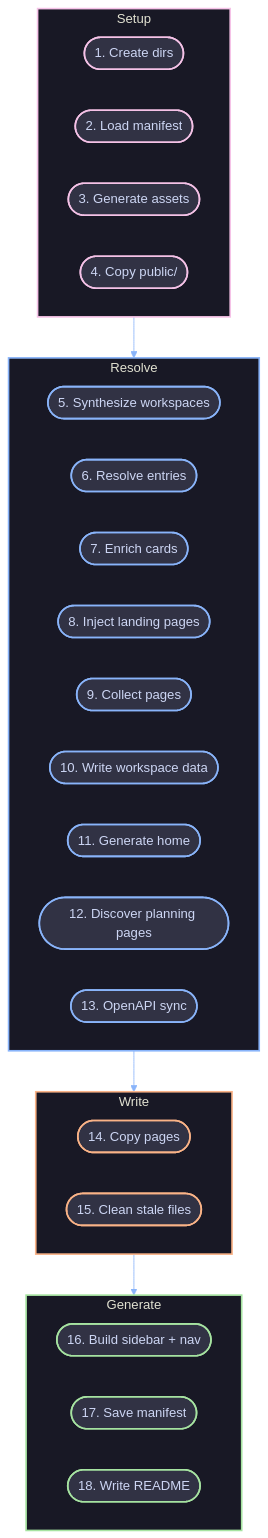
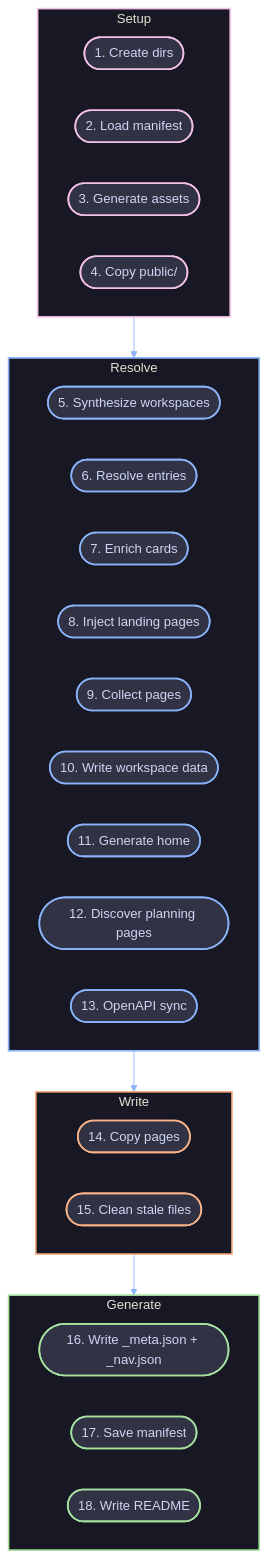
Before and after one commit to thebytefarm/ciderpress: the first of 2 diagrams in contributing/concepts/engine/pipeline.md, drawn with Mermaid. The commit also changed other lines of this file and 19 other files, not shown here.

````diff
--- a/contributing/concepts/engine/pipeline.md
+++ b/contributing/concepts/engine/pipeline.md
@@ -9,65 +9,65 @@
 ```mermaid
 %%{init: {
   'theme': 'base',
   'themeVariables': {
     'primaryColor': '#313244',
     'primaryTextColor': '#cdd6f4',
     'primaryBorderColor': '#6c7086',
     'lineColor': '#89b4fa',
     'secondaryColor': '#45475a',
     'tertiaryColor': '#1e1e2e',
     'background': '#1e1e2e',
     'mainBkg': '#313244',
     'clusterBkg': '#1e1e2e',
     'clusterBorder': '#45475a'
   },
   'flowchart': { 'curve': 'basis', 'padding': 15 }
 }}%%
 flowchart TB
     subgraph setup ["Setup"]
         S1(["1. Create dirs"])
         S2(["2. Load manifest"])
         S3(["3. Generate assets"])
         S4(["4. Copy public/"])
     end
 
     subgraph resolve ["Resolve"]
         S5(["5. Synthesize workspaces"])
         S6(["6. Resolve entries"])
         S7(["7. Enrich cards"])
         S8(["8. Inject landing pages"])
         S9(["9. Collect pages"])
         S10(["10. Write workspace data"])
         S11(["11. Generate home"])
         S12(["12. Discover planning pages"])
         S13(["13. OpenAPI sync"])
     end
 
     subgraph write ["Write"]
         S14(["14. Copy pages"])
         S15(["15. Clean stale files"])
     end
 
     subgraph generate ["Generate"]
-        S16(["16. Build sidebar + nav"])
+        S16(["16. Write _meta.json + _nav.json"])
         S17(["17. Save manifest"])
         S18(["18. Write README"])
     end
 
     setup --> resolve --> write --> generate
 
     classDef core fill:#313244,stroke:#89b4fa,stroke-width:2px,color:#cdd6f4
     classDef gateway fill:#313244,stroke:#fab387,stroke-width:2px,color:#cdd6f4
     classDef agent fill:#313244,stroke:#a6e3a1,stroke-width:2px,color:#cdd6f4
     classDef external fill:#313244,stroke:#f5c2e7,stroke-width:2px,color:#cdd6f4
 
     class S1,S2,S3,S4 external
     class S5,S6,S7,S8,S9,S10,S11,S12,S13 core
     class S14,S15 gateway
     class S16,S17,S18 agent
 
     style setup fill:#181825,stroke:#f5c2e7,stroke-width:2px
     style resolve fill:#181825,stroke:#89b4fa,stroke-width:2px
     style write fill:#181825,stroke:#fab387,stroke-width:2px
     style generate fill:#181825,stroke:#a6e3a1,stroke-width:2px
 ```
````
